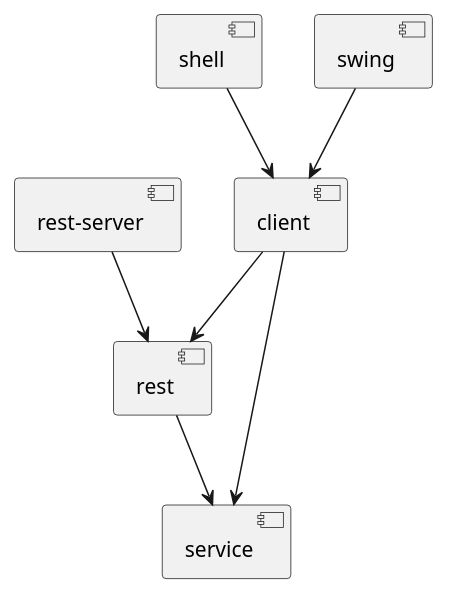
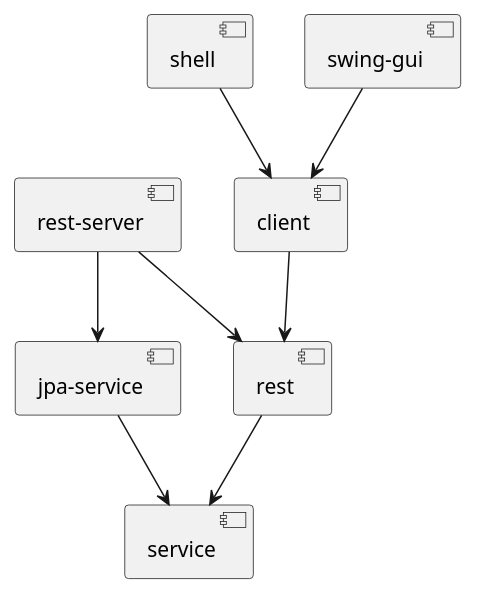
Before and after one commit to greifentor/carp-bm: the diagram in docs/architecture/module-diagram.plantuml, drawn with PlantUML. The commit also changed 34 other files, not shown here.

```diff
--- a/docs/architecture/module-diagram.plantuml
+++ b/docs/architecture/module-diagram.plantuml
@@ -1,24 +1,27 @@
 @startuml
 
 '!theme mono
 'COMMENT - skinparam linetype ortho
 
 component client
+component jpaservice as "jpa-service"
 component rest
 component restserver as "rest-server"
 component service
 component shell
-component swing
+component swing as "swing-gui"
 
-client --> service
 client --> rest
+
+jpaservice --> service
 
 rest --> service
 
 restserver --> rest
+restserver --> jpaservice
 
 shell --> client
 
 swing --> client
 
 @enduml
```
